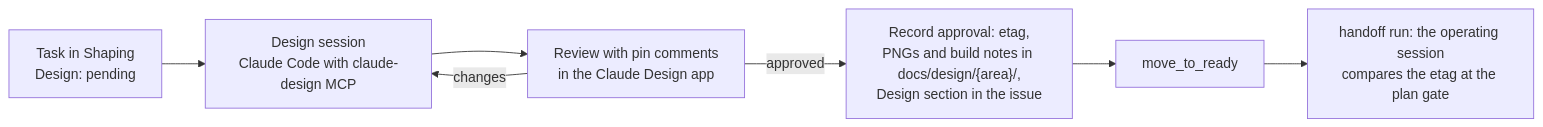
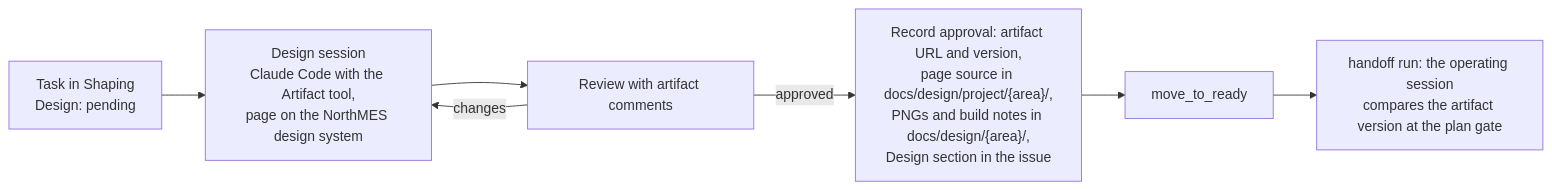
The fourth of 4 diagrams in docs/plan/06-web-and-ux.md (northMES/northmes), drawn with Mermaid before and after one commit. The commit also changed other lines of this file and 200 other files, not shown here.

Commit message:
docs(design): keep the design project in the repository and make design pages artifacts (#540)

````diff
--- a/docs/plan/06-web-and-ux.md
+++ b/docs/plan/06-web-and-ux.md
@@ -778,9 +779,9 @@
 ```mermaid
 flowchart LR
-  A["Task in Shaping<br/>Design: pending"] --> B["Design session<br/>Claude Code with claude-design MCP"]
-  B --> C["Review with pin comments<br/>in the Claude Design app"]
+  A["Task in Shaping<br/>Design: pending"] --> B["Design session<br/>Claude Code with the Artifact tool,<br/>page on the NorthMES design system"]
+  B --> C["Review with artifact comments"]
   C -->|changes| B
-  C -->|approved| D["Record approval: etag,<br/>PNGs and build notes in docs/design/{area}/,<br/>Design section in the issue"]
+  C -->|approved| D["Record approval: artifact URL and version,<br/>page source in docs/design/project/{area}/,<br/>PNGs and build notes in docs/design/{area}/,<br/>Design section in the issue"]
   D --> E["move_to_ready"]
-  E --> F["handoff run: the operating session<br/>compares the etag at the plan gate"]
+  E --> F["handoff run: the operating session<br/>compares the artifact version at the plan gate"]
 ```
````
